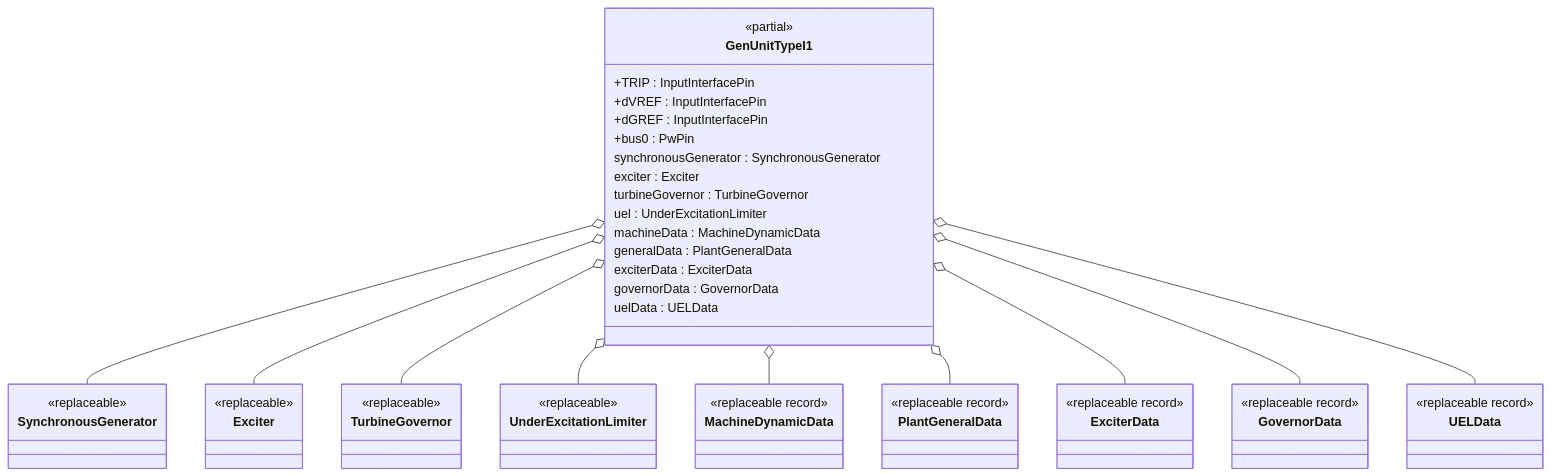
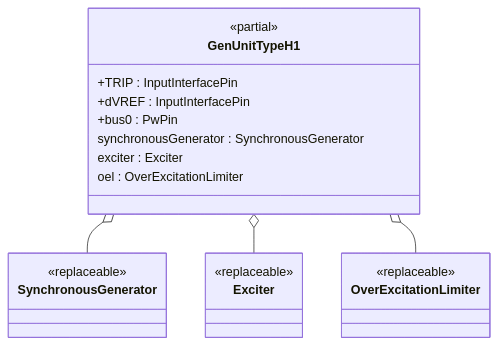
The first of 2 diagrams in modelica/OpalRT/docs/TypeH.md (Opal-RT-Technologies/ephasorsim-modelica-library), drawn with Mermaid before and after one commit. The commit also changed other lines of this file and 56 other files, not shown here.

````diff
--- a/modelica/OpalRT/docs/TypeH.md
+++ b/modelica/OpalRT/docs/TypeH.md
@@ -42,37 +40,18 @@
 ```mermaid
 classDiagram
-class GenUnitTypeI1 {
+class GenUnitTypeH1 {
   <<partial>>
   +TRIP : InputInterfacePin
   +dVREF : InputInterfacePin
-  +dGREF : InputInterfacePin
   +bus0 : PwPin
   synchronousGenerator : SynchronousGenerator
   exciter : Exciter
-  turbineGovernor : TurbineGovernor
-  uel : UnderExcitationLimiter
-  machineData : MachineDynamicData
-  generalData : PlantGeneralData
-  exciterData : ExciterData
-  governorData : GovernorData
-  uelData : UELData
+  oel : OverExcitationLimiter
 }
 class SynchronousGenerator { <<replaceable>> }
 class Exciter { <<replaceable>> }
-class TurbineGovernor { <<replaceable>> }
-class UnderExcitationLimiter { <<replaceable>> }
-class MachineDynamicData { <<replaceable record>> }
-class PlantGeneralData { <<replaceable record>> }
-class ExciterData { <<replaceable record>> }
-class GovernorData { <<replaceable record>> }
-class UELData { <<replaceable record>> }
-GenUnitTypeI1 o-- SynchronousGenerator
-GenUnitTypeI1 o-- Exciter
-GenUnitTypeI1 o-- TurbineGovernor
-GenUnitTypeI1 o-- UnderExcitationLimiter
-GenUnitTypeI1 o-- MachineDynamicData
-GenUnitTypeI1 o-- PlantGeneralData
-GenUnitTypeI1 o-- ExciterData
-GenUnitTypeI1 o-- GovernorData
-GenUnitTypeI1 o-- UELData
+class OverExcitationLimiter { <<replaceable>> }
+GenUnitTypeH1 o-- SynchronousGenerator
+GenUnitTypeH1 o-- Exciter
+GenUnitTypeH1 o-- OverExcitationLimiter
 ```
````
